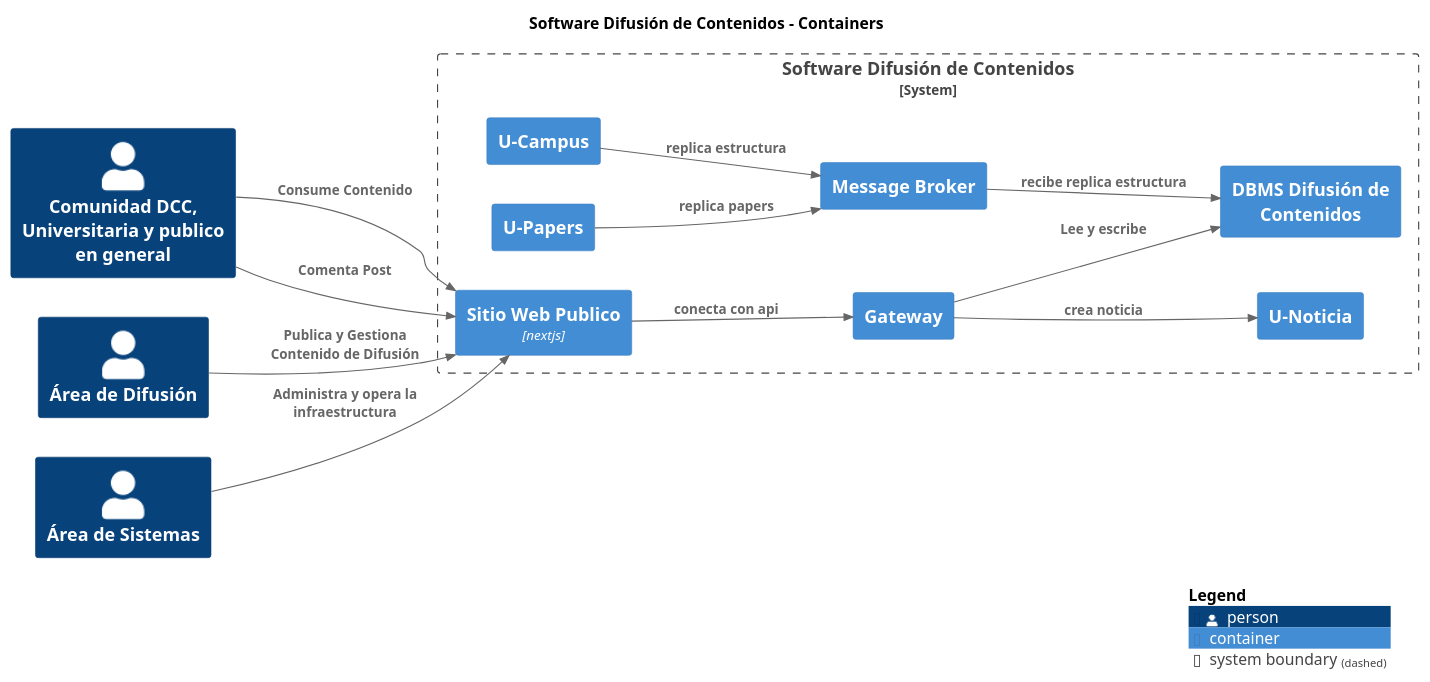
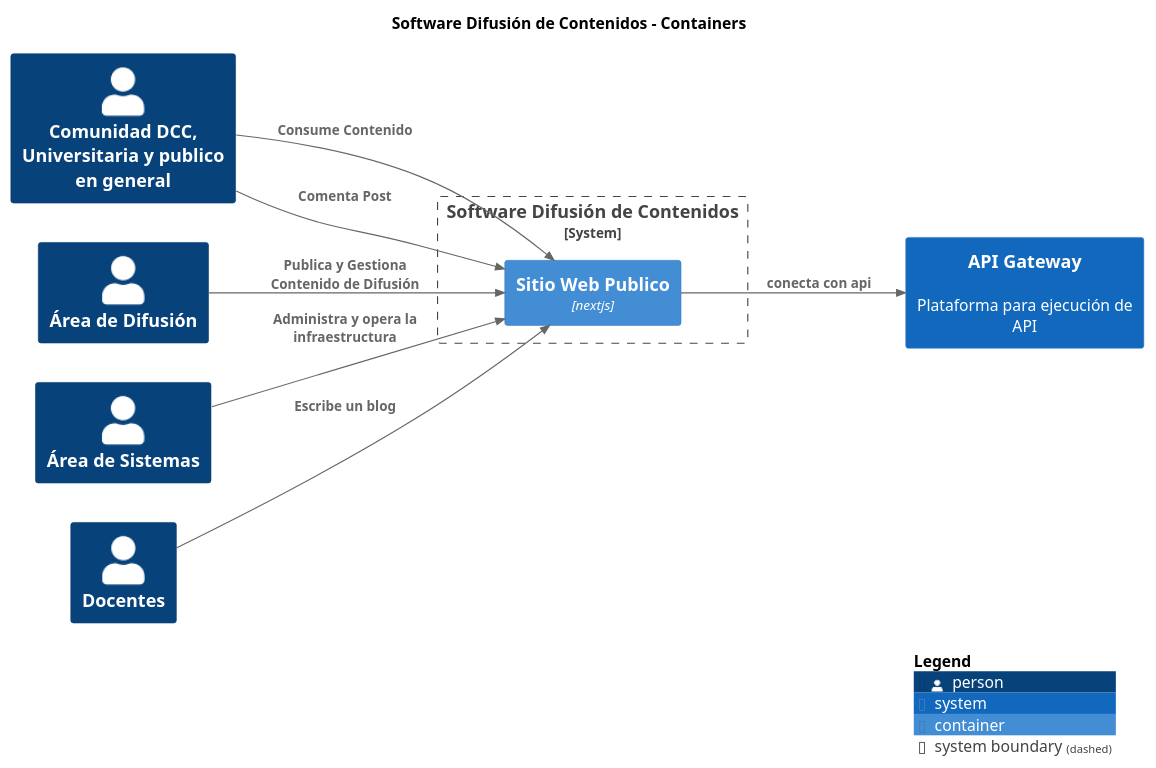
Before and after one commit to nbrx/c4-dcc-arq: the diagram in build/site/puml/Container-001-Container-001.puml, drawn with PlantUML. The commit also changed 144 other files, not shown here.

Commit message:
actualización sitio web

```diff
--- a/build/site/puml/Container-001-Container-001.puml
+++ b/build/site/puml/Container-001-Container-001.puml
@@ -1,39 +1,31 @@
 @startuml
 set separator none
 title Software Difusión de Contenidos - Containers
 
 left to right direction
 
 !include <C4/C4>
 !include <C4/C4_Context>
 !include <C4/C4_Container>
 
 skinparam svgDimensionStyle false
 skinparam preserveAspectRatio meet
 Person(ComunidadDCCUniversitariaypublicoengeneral, "Comunidad DCC, Universitaria y publico en general", "", $tags="")
 Person(ÁreadeDifusión, "Área de Difusión", "", $tags="")
 Person(ÁreadeSistemas, "Área de Sistemas", "", $tags="")
+Person(Docentes, "Docentes", "", $tags="")
+System(APIGateway, "API Gateway", "Plataforma para ejecución de API", $tags="")[[../../api-gateway/context/]]
 
 System_Boundary("SoftwareDifusióndeContenidos_boundary", "Software Difusión de Contenidos", $tags="") {
-  Container(SoftwareDifusióndeContenidos.DBMSDifusióndeContenidos, "DBMS Difusión de Contenidos", "", $tags="")
-  Container(SoftwareDifusióndeContenidos.Gateway, "Gateway", "", $tags="")[[../component/]]
-  Container(SoftwareDifusióndeContenidos.UNoticia, "U-Noticia", "", $tags="")
-  Container(SoftwareDifusióndeContenidos.UCampus, "U-Campus", "", $tags="")
-  Container(SoftwareDifusióndeContenidos.UPapers, "U-Papers", "", $tags="")
-  Container(SoftwareDifusióndeContenidos.MessageBroker, "Message Broker", "", $tags="")[[../component/]]
   Container(SoftwareDifusióndeContenidos.SitioWebPublico, "Sitio Web Publico", "nextjs", "", $tags="")
 }
 
-Rel_D(ÁreadeSistemas, SoftwareDifusióndeContenidos.SitioWebPublico, "Administra y opera la infraestructura", $tags="")
-Rel_D(SoftwareDifusióndeContenidos.MessageBroker, SoftwareDifusióndeContenidos.DBMSDifusióndeContenidos, "recibe replica estructura", $tags="")
-Rel_D(SoftwareDifusióndeContenidos.SitioWebPublico, SoftwareDifusióndeContenidos.Gateway, "conecta con api", $tags="")
-Rel_D(SoftwareDifusióndeContenidos.Gateway, SoftwareDifusióndeContenidos.DBMSDifusióndeContenidos, "Lee y escribe", $tags="")
-Rel_D(SoftwareDifusióndeContenidos.Gateway, SoftwareDifusióndeContenidos.UNoticia, "crea noticia", $tags="")
-Rel_D(SoftwareDifusióndeContenidos.UPapers, SoftwareDifusióndeContenidos.MessageBroker, "replica papers", $tags="")
-Rel_D(SoftwareDifusióndeContenidos.UCampus, SoftwareDifusióndeContenidos.MessageBroker, "replica estructura", $tags="")
 Rel_D(ComunidadDCCUniversitariaypublicoengeneral, SoftwareDifusióndeContenidos.SitioWebPublico, "Consume Contenido", $tags="")
 Rel_D(ComunidadDCCUniversitariaypublicoengeneral, SoftwareDifusióndeContenidos.SitioWebPublico, "Comenta Post", $tags="")
+Rel_D(Docentes, SoftwareDifusióndeContenidos.SitioWebPublico, "Escribe un blog", $tags="")
 Rel_D(ÁreadeDifusión, SoftwareDifusióndeContenidos.SitioWebPublico, "Publica y Gestiona Contenido de Difusión", $tags="")
+Rel_D(ÁreadeSistemas, SoftwareDifusióndeContenidos.SitioWebPublico, "Administra y opera la infraestructura", $tags="")
+Rel_D(SoftwareDifusióndeContenidos.SitioWebPublico, APIGateway, "conecta con api", $tags="")
 
 SHOW_LEGEND(true)
 @enduml
```
